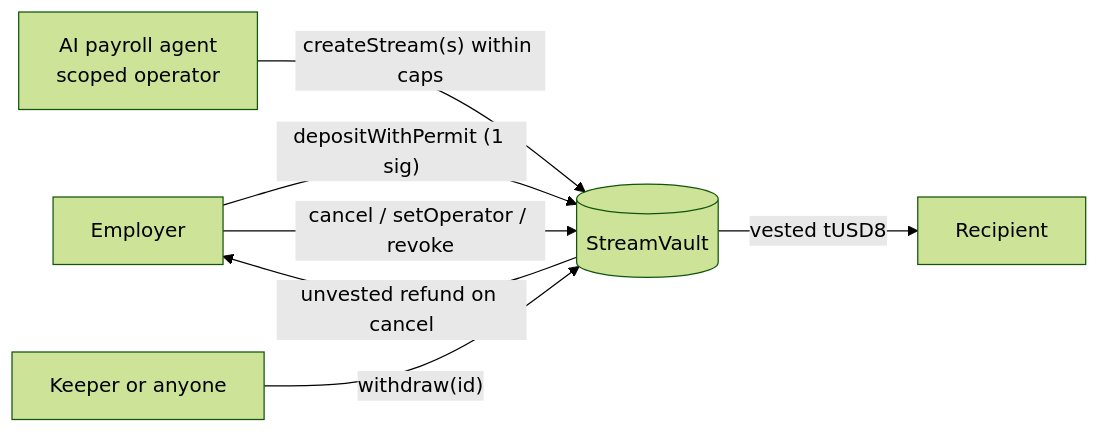
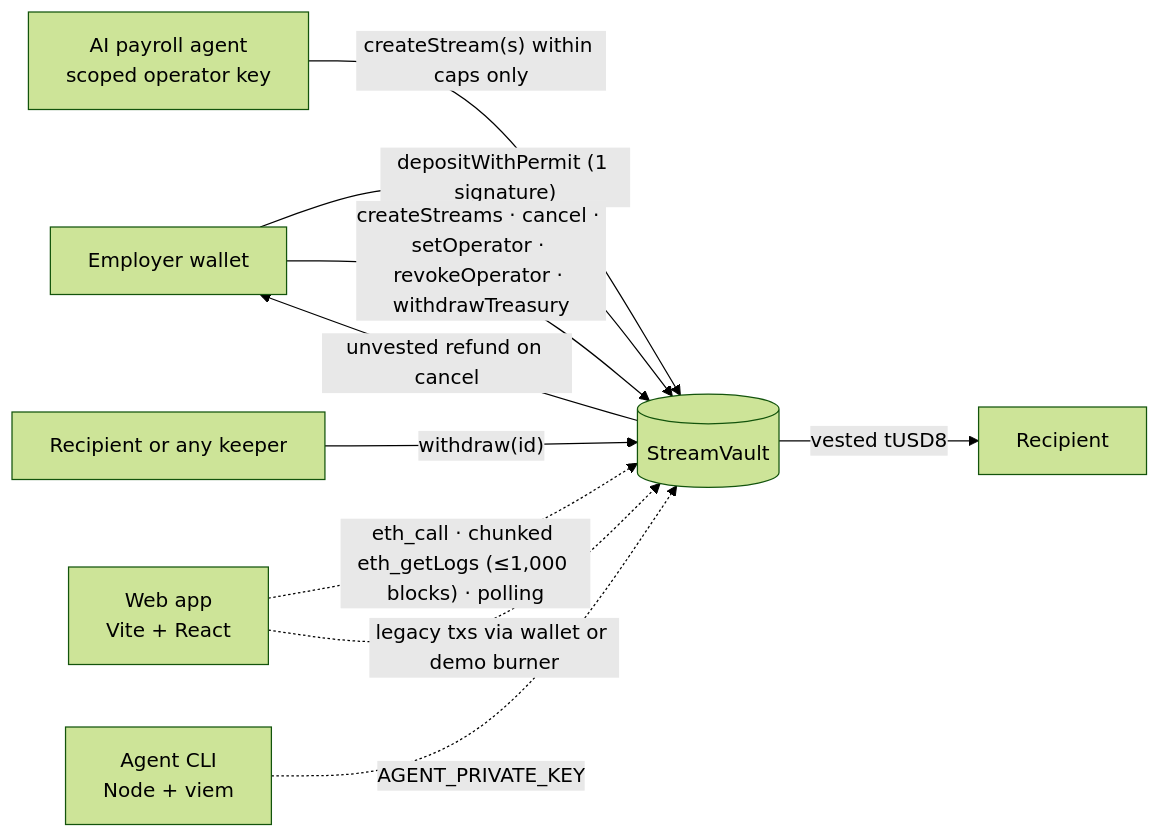
One commit to teethaking/PayStream changed the first of 2 diagrams in README.md. Above: the diagram before and after it, drawn with Mermaid (forest theme). The commit also changed other lines of this file and 4 other files, not shown here.

Commit message:
docs: README, architecture, security, verification guide and timed demo script

````diff
--- a/README.md
+++ b/README.md
@@ -21,9 +33,12 @@
 ```mermaid
 flowchart LR
-  E[Employer] -- depositWithPermit (1 sig) --> V[(StreamVault)]
-  A[AI payroll agent<br/>scoped operator] -- createStream(s) within caps --> V
-  E -- cancel / setOperator / revoke --> V
-  K[Keeper or anyone] -- withdraw(id) --> V
-  V -- vested tUSD8 --> R[Recipient]
-  V -- unvested refund on cancel --> E
+  E[Employer wallet] -- "depositWithPermit (1 signature)" --> V[(StreamVault)]
+  E -- "createStreams · cancel · setOperator · revokeOperator · withdrawTreasury" --> V
+  A[AI payroll agent<br/>scoped operator key] -- "createStream(s) within caps only" --> V
+  K[Recipient or any keeper] -- "withdraw(id)" --> V
+  V -- "vested tUSD8" --> R[Recipient]
+  V -- "unvested refund on cancel" --> E
+  W[Web app<br/>Vite + React] -. "eth_call · chunked eth_getLogs (≤1,000 blocks) · polling" .-> V
+  W -. "legacy txs via wallet or demo burner" .-> V
+  CLI[Agent CLI<br/>Node + viem] -. "AGENT_PRIVATE_KEY" .-> V
 ```
````
